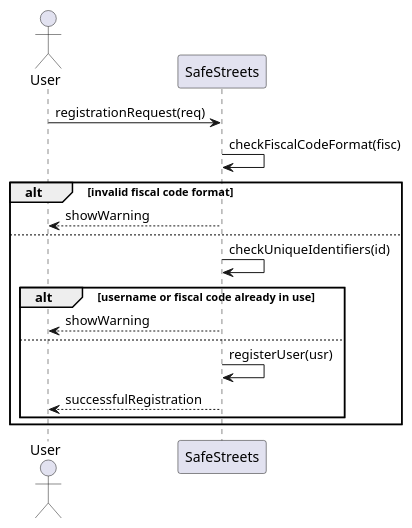
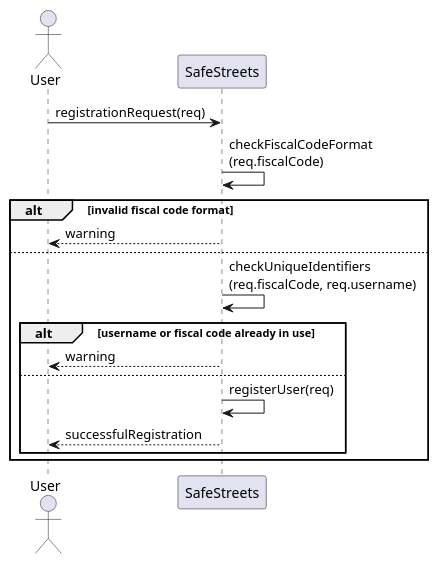
Before and after one commit to fuljo/FulginiDiCesare-SE2: the diagram in diagrams/rasd_sequence_diagram_uc_1_1.wsd, drawn with PlantUML. The commit also changed 5 other files, not shown here.

Commit message:
Improve names in sequence diagrams

```diff
--- a/diagrams/rasd_sequence_diagram_uc_1_1.wsd
+++ b/diagrams/rasd_sequence_diagram_uc_1_1.wsd
@@ -1,22 +1,22 @@
 @startuml rasd_sequence_diagram_uc_1_1
 skinparam Shadowing false
 
 actor User as U
 participant SafeStreets as SS
 
 U -> SS : registrationRequest(req)
 
-SS -> SS : checkFiscalCodeFormat(fisc)
+SS -> SS : checkFiscalCodeFormat\n(req.fiscalCode)
 alt invalid fiscal code format
-SS --> U : showWarning
+SS --> U : warning
 else
-SS -> SS : checkUniqueIdentifiers(id)
+SS -> SS : checkUniqueIdentifiers\n(req.fiscalCode, req.username)
 alt username or fiscal code already in use
-SS --> U : showWarning
+SS --> U : warning
 else
-SS -> SS: registerUser(usr)
+SS -> SS: registerUser(req)
 SS --> U: successfulRegistration
 end
 end
 
 @enduml
```
